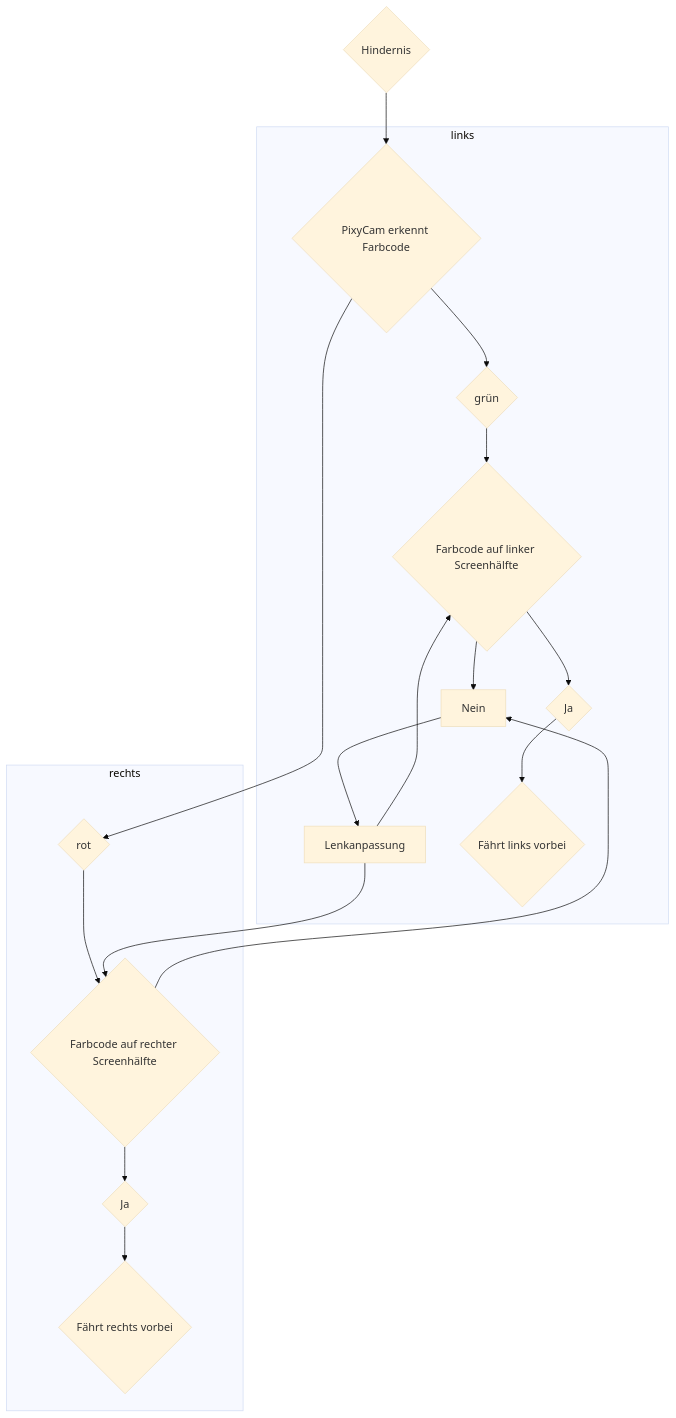
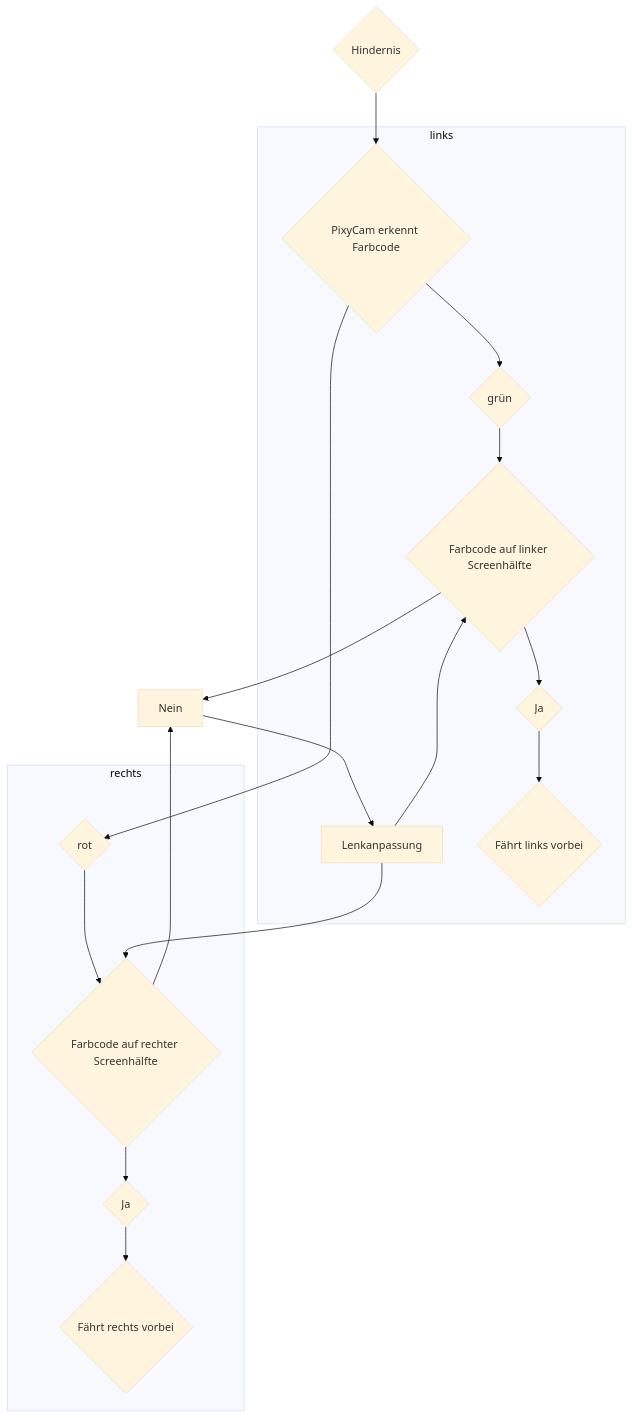
Before and after one commit to SchroedingersBit/PfortGTPanama: the diagram in Programme/Hindernisrennen/README.md, drawn with Mermaid (base theme).

````diff
--- a/Programme/Hindernisrennen/README.md
+++ b/Programme/Hindernisrennen/README.md
@@ -4,20 +4,23 @@
 ```mermaid
 graph TB;
 A{Hindernis} -->B{PixyCam erkennt Farbcode};
+C1 --> Nein;
 Nein --> Lenkanpassung;
+C2 --> Nein; 
+
 subgraph links
 B-->E{grün}-->C1{Farbcode auf linker Screenhälfte};
-C1 --> Nein;
+
 Lenkanpassung-->C1;
 C1-->J1{Ja};
 J1-->R{Fährt links vorbei};
 end
 
 subgraph rechts
 B-->C{rot}-->C2{Farbcode auf rechter Screenhälfte};
-C2 --> Nein; 
+
 Lenkanpassung -->C2;
 C2-->J2{Ja};
 J2-->L{Fährt rechts vorbei};
 end
 ```
````
